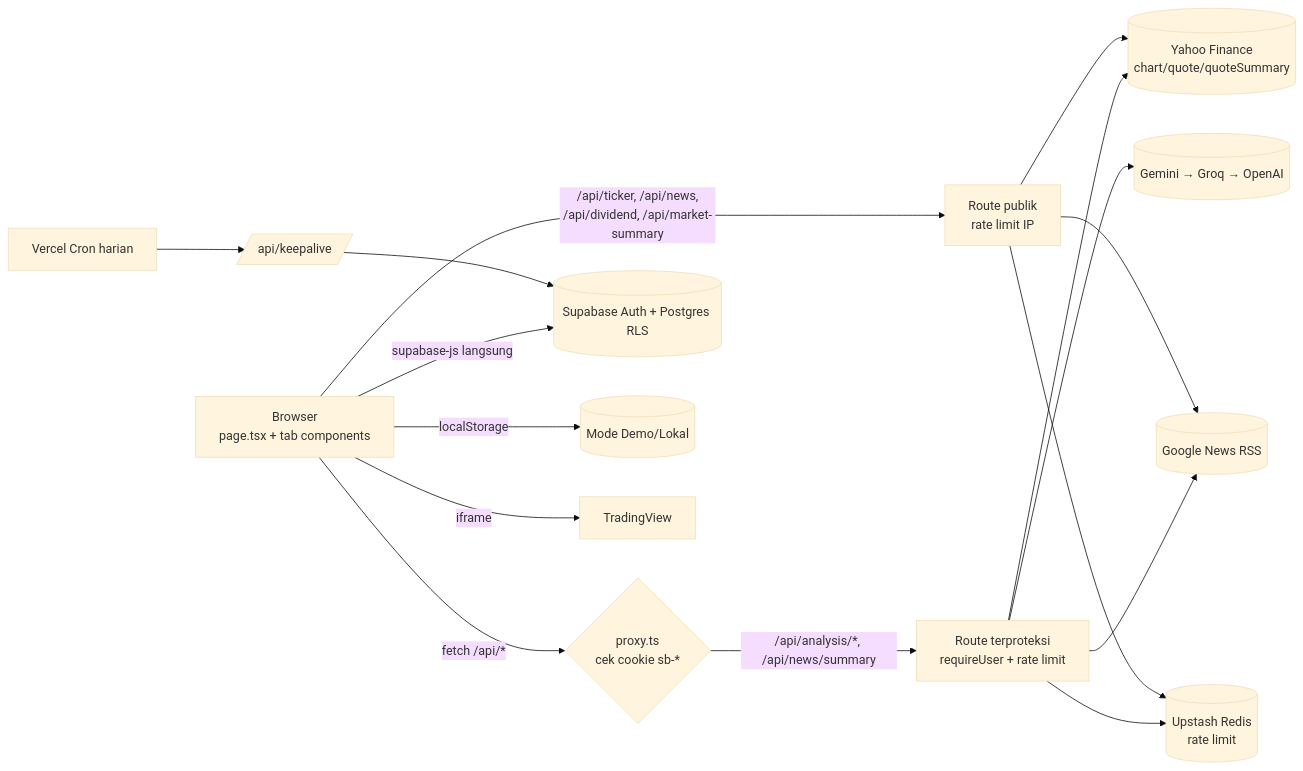
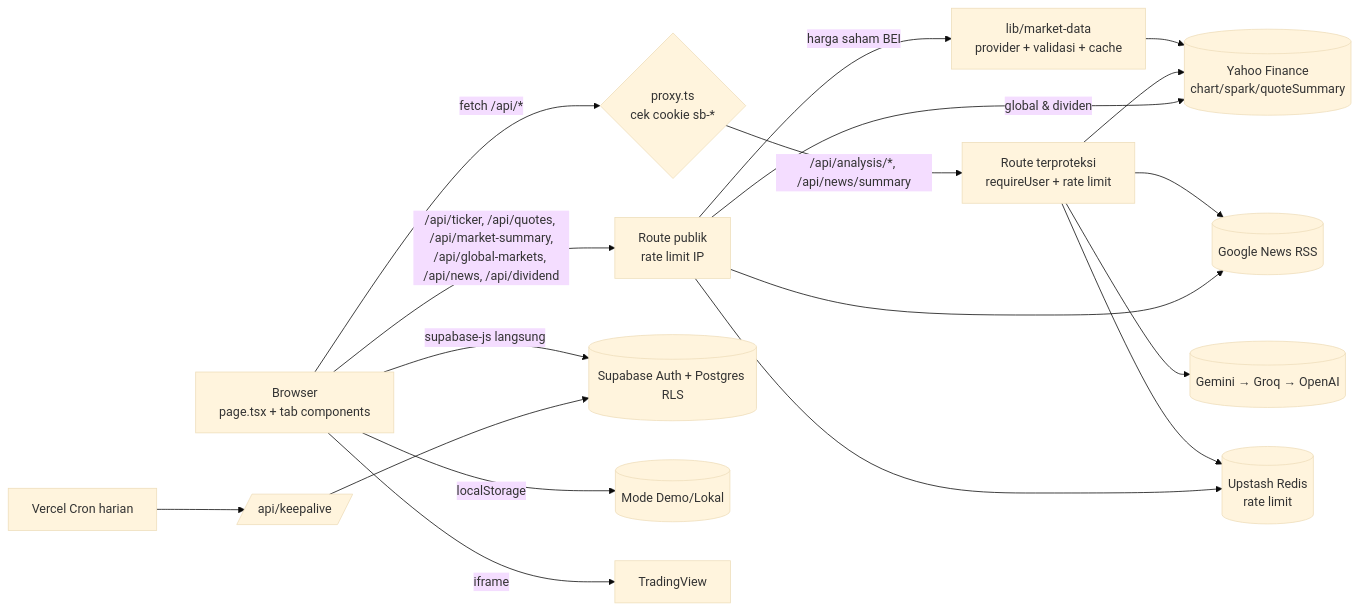
Before and after one commit to alfitranurr/Nunnn-Stock-Analyzer: the diagram in DOKUMENTASI.md, drawn with Mermaid (base theme). The commit also changed other lines of this file, not shown here.

First line of the commit message:
docs: document new home dashboard, watchlist and market data layer

````diff
--- a/DOKUMENTASI.md
+++ b/DOKUMENTASI.md
@@ -81,16 +81,18 @@
 ```mermaid
 flowchart LR
   B[Browser<br/>page.tsx + tab components] -->|fetch /api/*| P{proxy.ts<br/>cek cookie sb-*}
   P -->|/api/analysis/*, /api/news/summary| R1[Route terproteksi<br/>requireUser + rate limit]
-  B -->|/api/ticker, /api/news,<br/>/api/dividend, /api/market-summary| R2[Route publik<br/>rate limit IP]
-  R1 --> Y[(Yahoo Finance<br/>chart/quote/quoteSummary)]
+  B -->|/api/ticker, /api/quotes, /api/market-summary,<br/>/api/global-markets, /api/news, /api/dividend| R2[Route publik<br/>rate limit IP]
+  R2 -->|harga saham BEI| MD[lib/market-data<br/>provider + validasi + cache]
+  MD --> Y[(Yahoo Finance<br/>chart/spark/quoteSummary)]
+  R1 --> Y
   R1 --> G[(Google News RSS)]
   R1 --> AI[(Gemini → Groq → OpenAI)]
-  R2 --> Y
+  R2 -->|global & dividen| Y
   R2 --> G
   R1 & R2 --> U[(Upstash Redis<br/>rate limit)]
   B -->|supabase-js langsung| S[(Supabase Auth + Postgres RLS)]
   B -->|localStorage| L[(Mode Demo/Lokal)]
   B -->|iframe| TV[TradingView]
   CRON[Vercel Cron harian] --> K[/api/keepalive/] --> S
 ```
````
